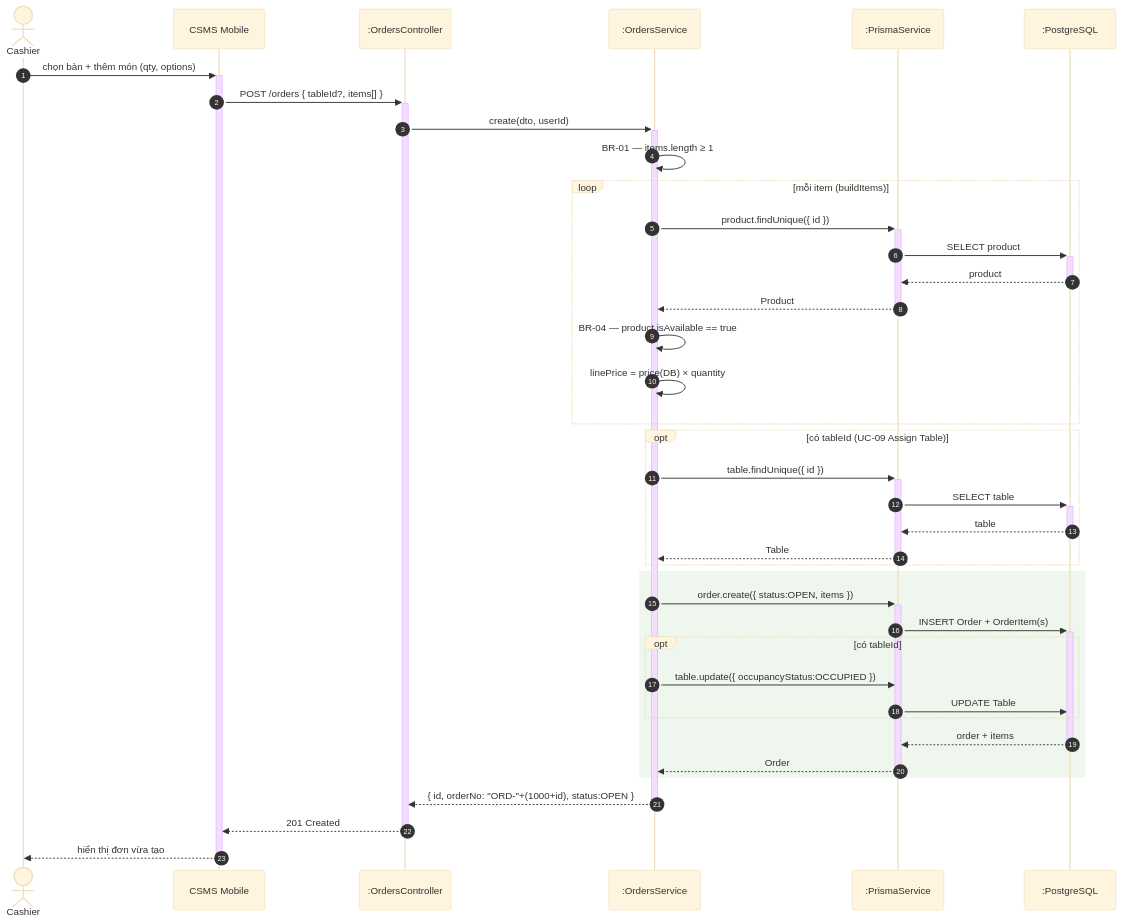
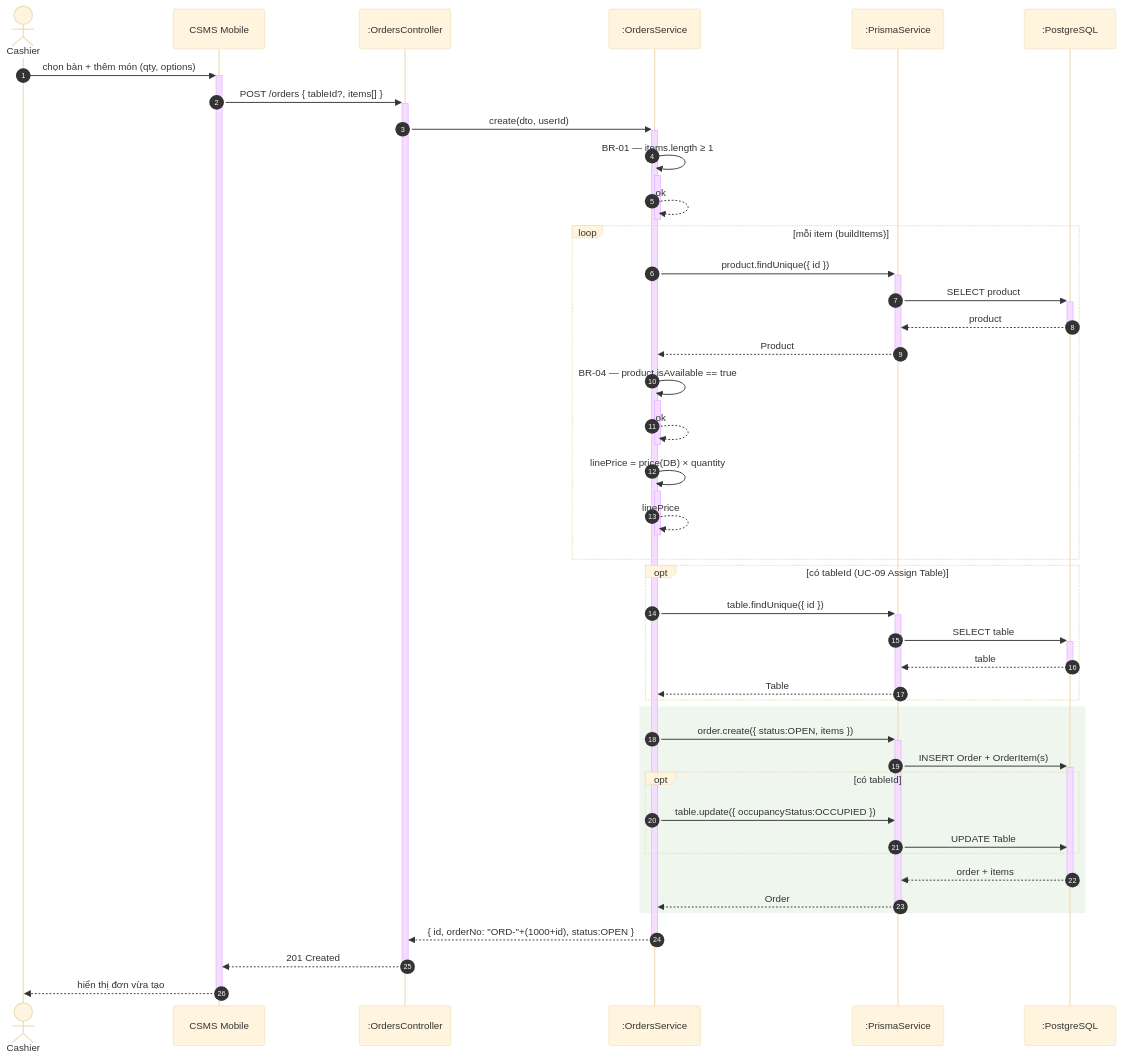
The fourth of 17 diagrams in docs/sequence-diagrams.md (callmehai/Cafe-Shop-Management-System), drawn with Mermaid (base theme) before and after one commit. The commit also changed other lines of this file and 2 other files, not shown here.

Commit message:
docs: add class diagrams, sequence diagrams, and system requirement specification for CSMS

````diff
--- a/docs/sequence-diagrams.md
+++ b/docs/sequence-diagrams.md
@@ -205,45 +208,48 @@
 ```mermaid
 sequenceDiagram
     autonumber
     actor C as Cashier
     participant App as CSMS Mobile
     participant API as :OrdersController
     participant SVC as :OrdersService
     participant ORM as :PrismaService
     participant DB as :PostgreSQL
 
     C->>+App: chọn bàn + thêm món (qty, options)
     App->>+API: POST /orders { tableId?, items[] }
     API->>+SVC: create(dto, userId)
 
-    SVC->>SVC: BR-01 — items.length ≥ 1
+    SVC->>+SVC: BR-01 — items.length ≥ 1
+    SVC-->>-SVC: ok
     loop mỗi item (buildItems)
         SVC->>+ORM: product.findUnique({ id })
         ORM->>+DB: SELECT product
         DB-->>-ORM: product
         ORM-->>-SVC: Product
-        SVC->>SVC: BR-04 — product.isAvailable == true
-        SVC->>SVC: linePrice = price(DB) × quantity
+        SVC->>+SVC: BR-04 — product.isAvailable == true
+        SVC-->>-SVC: ok
+        SVC->>+SVC: linePrice = price(DB) × quantity
+        SVC-->>-SVC: linePrice
     end
 
     opt có tableId (UC-09 Assign Table)
         SVC->>+ORM: table.findUnique({ id })
         ORM->>+DB: SELECT table
         DB-->>-ORM: table
         ORM-->>-SVC: Table
     end
 
     rect rgb(238,246,238)
         SVC->>+ORM: order.create({ status:OPEN, items })
         ORM->>+DB: INSERT Order + OrderItem(s)
         opt có tableId
             SVC->>ORM: table.update({ occupancyStatus:OCCUPIED })
             ORM->>DB: UPDATE Table
         end
         DB-->>-ORM: order + items
         ORM-->>-SVC: Order
     end
     SVC-->>-API: { id, orderNo: "ORD-"+(1000+id), status:OPEN }
     API-->>-App: 201 Created
     App-->>-C: hiển thị đơn vừa tạo
 ```
````
